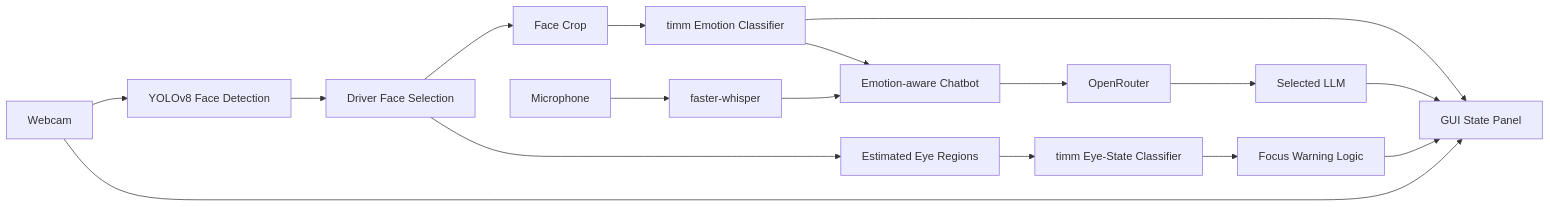
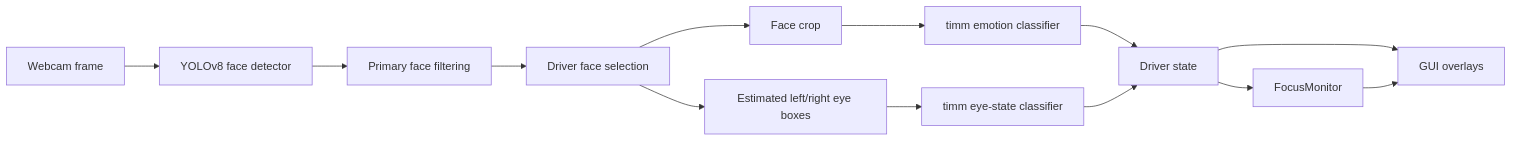
One commit to CS731-2026/project-1-emotion-aware-chatbot-team-6 changed the first of 2 diagrams in README.md. Above: the diagram before and after it, drawn with Mermaid. The commit also changed other lines of this file and 5 other files, not shown here.

First line of the commit message:
Refactor driver state handling and focus monitoring logic

````diff
--- a/README.md
+++ b/README.md
@@ -63,19 +42,15 @@
 ```mermaid
 flowchart LR
-    A["Webcam"] --> B["YOLOv8 Face Detection"]
-    B --> C["Driver Face Selection"]
-    C --> D["Face Crop"]
-    D --> E["timm Emotion Classifier"]
-    C --> F["Estimated Eye Regions"]
-    F --> G["timm Eye-State Classifier"]
-    G --> H["Focus Warning Logic"]
-    E --> I["GUI State Panel"]
+    A["Webcam frame"] --> B["YOLOv8 face detector"]
+    B --> C["Primary face filtering"]
+    C --> D["Driver face selection"]
+    D --> E["Face crop"]
+    E --> F["timm emotion classifier"]
+    D --> G["Estimated left/right eye boxes"]
+    G --> H["timm eye-state classifier"]
+    F --> I["Driver state"]
     H --> I
-    A --> I
-    J["Microphone"] --> K["faster-whisper"]
-    K --> L["Emotion-aware Chatbot"]
-    E --> L
-    L --> M["OpenRouter"]
-    M --> N["Selected LLM"]
-    N --> I
+    I --> J["FocusMonitor"]
+    I --> K["GUI overlays"]
+    J --> K
 ```
````
